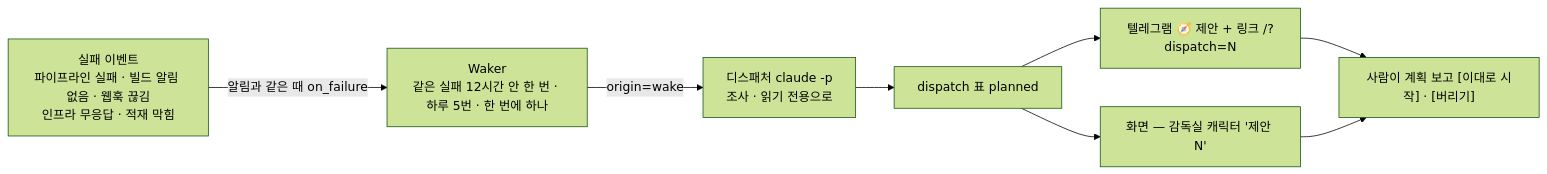
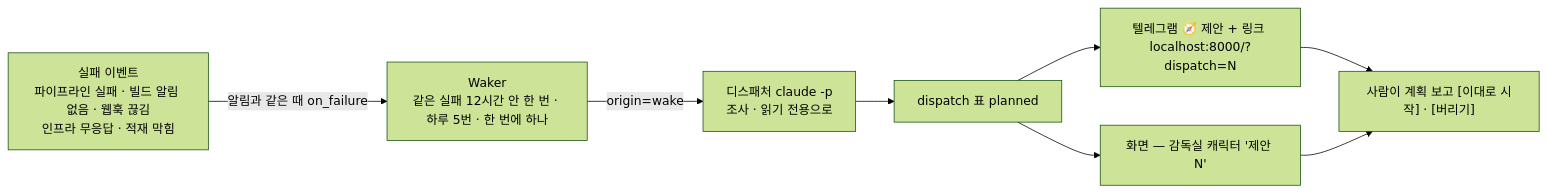
One commit to Gabriel-Joo/foreman changed the diagram in docs/14_dispatcher_note_wake.md. Above: the diagram before and after it, drawn with Mermaid (forest theme). The commit also changed other lines of this file and 5 other files, not shown here.

````diff
--- a/docs/14_dispatcher_note_wake.md
+++ b/docs/14_dispatcher_note_wake.md
@@ -54,10 +54,10 @@
 ```mermaid
 flowchart LR
   F["실패 이벤트<br/>파이프라인 실패 · 빌드 알림 없음 · 웹훅 끊김<br/>인프라 무응답 · 적재 막힘"] -->|"알림과 같은 때 on_failure"| W["Waker<br/>같은 실패 12시간 안 한 번 · 하루 5번 · 한 번에 하나"]
   W -->|"origin=wake"| D["디스패처 claude -p<br/>조사 · 읽기 전용으로"]
   D --> P["dispatch 표 planned"]
-  P --> TG["텔레그램 🧭 제안 + 링크 /?dispatch=N"]
+  P --> TG["텔레그램 🧭 제안 + 링크 localhost:8000/?dispatch=N"]
   P --> SC["화면 — 감독실 캐릭터 '제안 N'"]
   TG --> H["사람이 계획 보고 [이대로 시작] · [버리기]"]
   SC --> H
 ```
````
